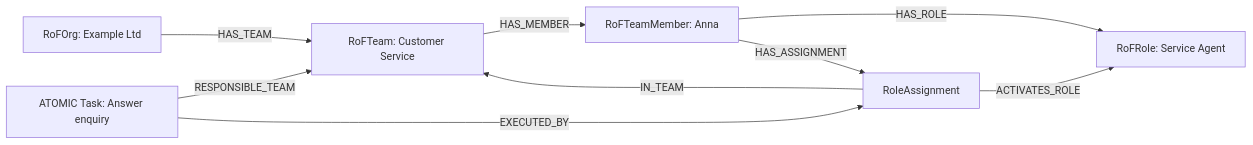
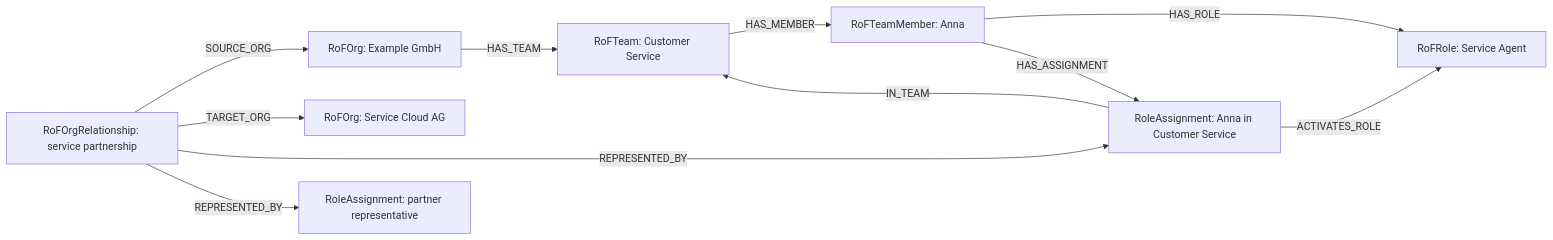
The second of 12 diagrams in docs/en/guides/JCI_EXAMPLE.md (eeimicke/junaco-jci-loop), drawn with Mermaid before and after one commit. The commit also changed other lines of this file and 11 other files, not shown here.

````diff
--- a/docs/en/guides/JCI_EXAMPLE.md
+++ b/docs/en/guides/JCI_EXAMPLE.md
@@ -39,11 +52,14 @@
 ```mermaid
 flowchart LR
-    Org[RoFOrg: Example Ltd] -->|HAS_TEAM| Team[RoFTeam: Customer Service]
+    Relation[RoFOrgRelationship: service partnership]
+    Relation -->|SOURCE_ORG| Customer[RoFOrg: Example GmbH]
+    Relation -->|TARGET_ORG| Partner[RoFOrg: Service Cloud AG]
+    Customer -->|HAS_TEAM| Team[RoFTeam: Customer Service]
     Team -->|HAS_MEMBER| Anna[RoFTeamMember: Anna]
     Anna -->|HAS_ROLE| Role[RoFRole: Service Agent]
-    Anna -->|HAS_ASSIGNMENT| Assignment[RoleAssignment]
+    Anna -->|HAS_ASSIGNMENT| Assignment[RoleAssignment: Anna in Customer Service]
     Assignment -->|IN_TEAM| Team
     Assignment -->|ACTIVATES_ROLE| Role
-    Task[ATOMIC Task: Answer enquiry] -->|RESPONSIBLE_TEAM| Team
-    Task -->|EXECUTED_BY| Assignment
+    Relation -->|REPRESENTED_BY| Assignment
+    Relation -->|REPRESENTED_BY| PartnerAssignment[RoleAssignment: partner representative]
 ```
````
